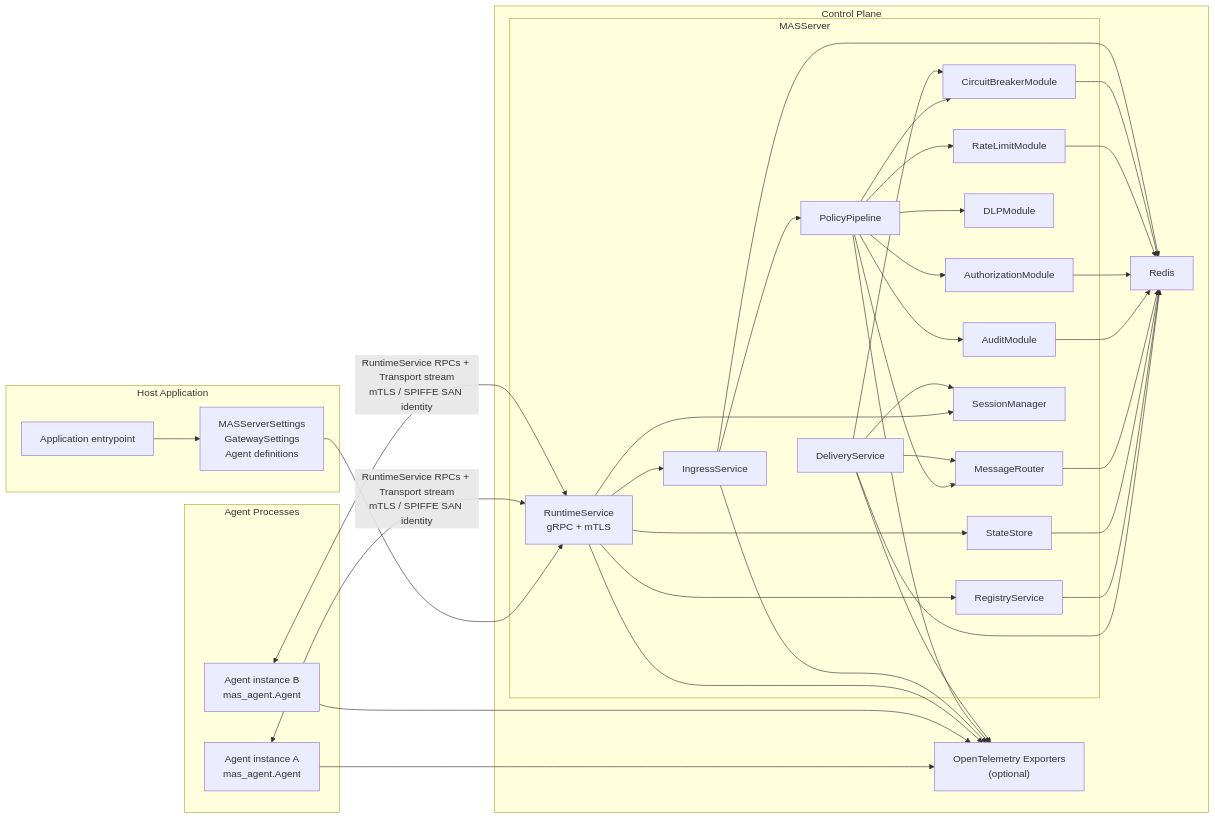
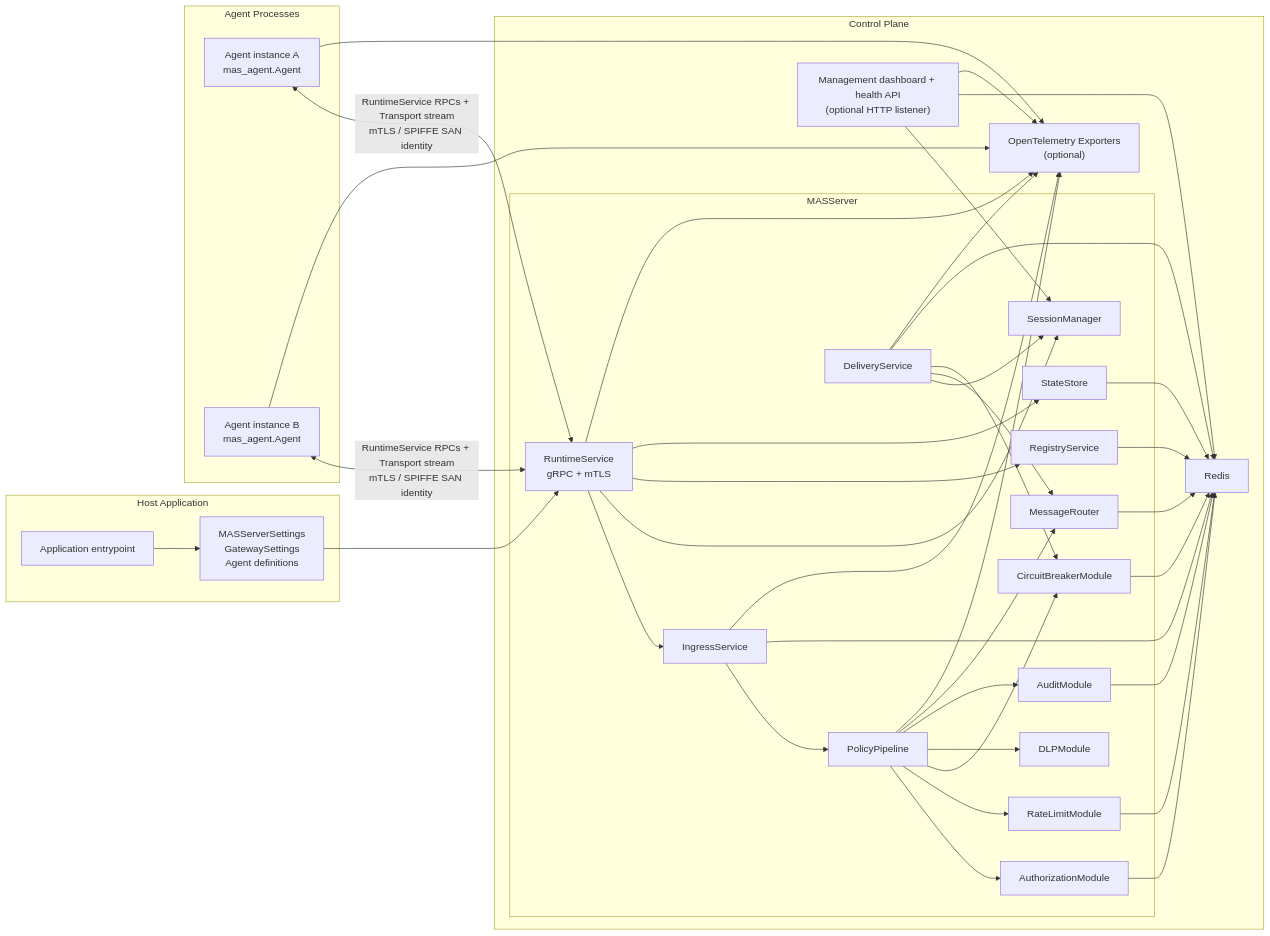
Before and after one commit to Vokality/mas-framework: the second of 4 diagrams in docs/architecture.md, drawn with Mermaid. The commit also changed other lines of this file and 198 other files, not shown here.

First line of the commit message:
Harden async MAS runtime and add management dashboard (#34)

````diff
--- a/docs/architecture.md
+++ b/docs/architecture.md
@@ -35,72 +35,77 @@
 ```mermaid
 flowchart LR
     subgraph host["Host Application"]
         app["Application entrypoint"]
         config["MASServerSettings<br/>GatewaySettings<br/>Agent definitions"]
     end
 
     subgraph control["Control Plane"]
         subgraph serverbox["MASServer"]
             grpc["RuntimeService<br/>gRPC + mTLS"]
             ingress["IngressService"]
             policy["PolicyPipeline"]
             authz["AuthorizationModule"]
             rate["RateLimitModule"]
             cb["CircuitBreakerModule"]
             dlp["DLPModule"]
             audit["AuditModule"]
             router["MessageRouter"]
             delivery["DeliveryService"]
             sessions["SessionManager"]
             registry["RegistryService"]
             state["StateStore"]
         end
 
         redis["Redis"]
         otel["OpenTelemetry Exporters<br/>(optional)"]
+        management["Management dashboard + health API<br/>(optional HTTP listener)"]
     end
 
     subgraph agentside["Agent Processes"]
         a1["Agent instance A<br/>mas_agent.Agent"]
         a2["Agent instance B<br/>mas_agent.Agent"]
     end
 
     app --> config
     config --> grpc
     a1 <-->|"RuntimeService RPCs + Transport stream<br/>mTLS / SPIFFE SAN identity"| grpc
     a2 <-->|"RuntimeService RPCs + Transport stream<br/>mTLS / SPIFFE SAN identity"| grpc
 
     grpc --> ingress
     grpc --> sessions
     grpc --> registry
     grpc --> state
 
     ingress --> policy
     policy --> authz
     policy --> rate
     policy --> cb
     policy --> dlp
     policy --> audit
     policy --> router
 
     delivery --> sessions
     delivery --> router
     delivery --> cb
     delivery --> redis
 
     registry --> redis
     state --> redis
     router --> redis
     audit --> redis
     authz --> redis
     rate --> redis
     cb --> redis
     ingress --> redis
 
+    management --> sessions
+    management --> redis
+    management --> otel
+
     grpc --> otel
     ingress --> otel
     policy --> otel
     delivery --> otel
     a1 --> otel
     a2 --> otel
 ```
````
